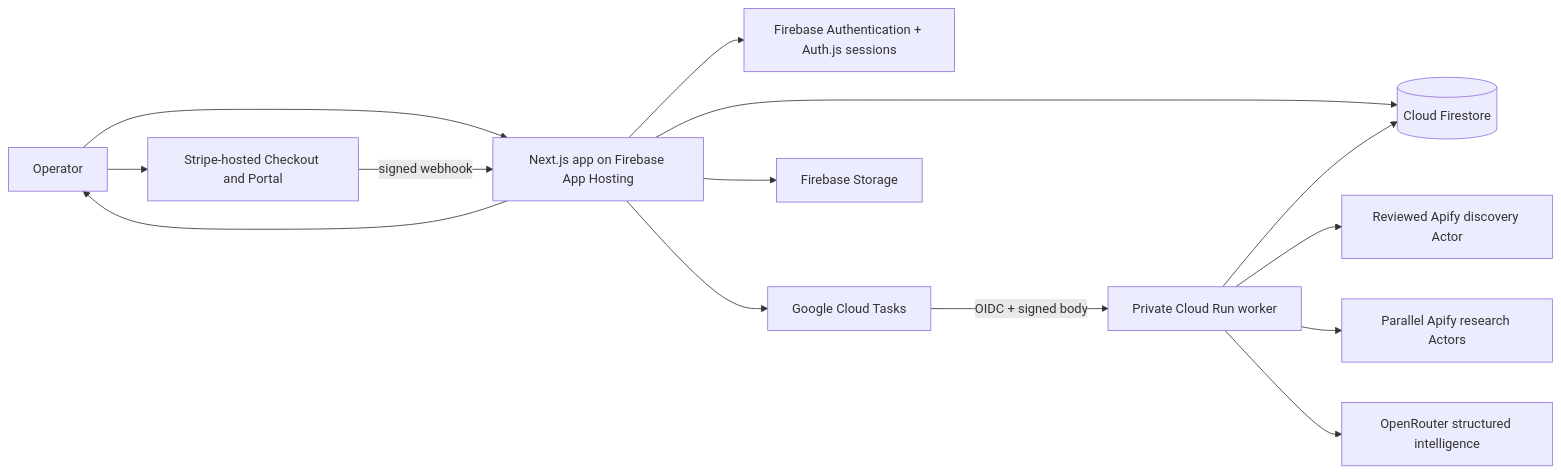
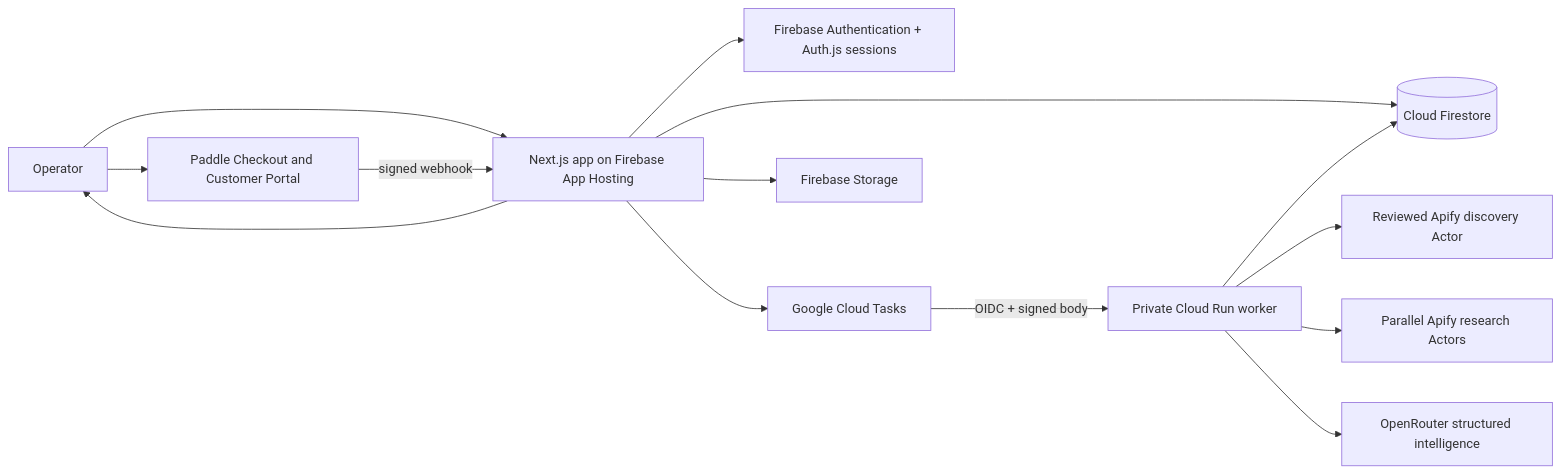
Before and after one commit to TusharND12/Athreix-outreach-saas: the diagram in docs/ARCHITECTURE.md, drawn with Mermaid. The commit also changed other lines of this file and 26 other files, not shown here.

````diff
--- a/docs/ARCHITECTURE.md
+++ b/docs/ARCHITECTURE.md
@@ -5,16 +5,16 @@
 ```mermaid
 flowchart LR
   U[Operator] --> N[Next.js app on Firebase App Hosting]
   N --> A[Firebase Authentication + Auth.js sessions]
   N --> F[(Cloud Firestore)]
   N --> T[Google Cloud Tasks]
   T -->|OIDC + signed body| W[Private Cloud Run worker]
   W --> AP[Reviewed Apify discovery Actor]
   W --> APR[Parallel Apify research Actors]
   W --> O[OpenRouter structured intelligence]
   W --> F
   N --> S[Firebase Storage]
-  U --> ST[Stripe-hosted Checkout and Portal]
+  U --> ST[Paddle Checkout and Customer Portal]
   ST -->|signed webhook| N
   N --> U
 ```
````
